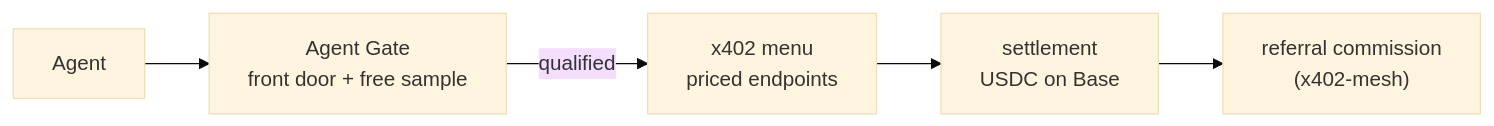
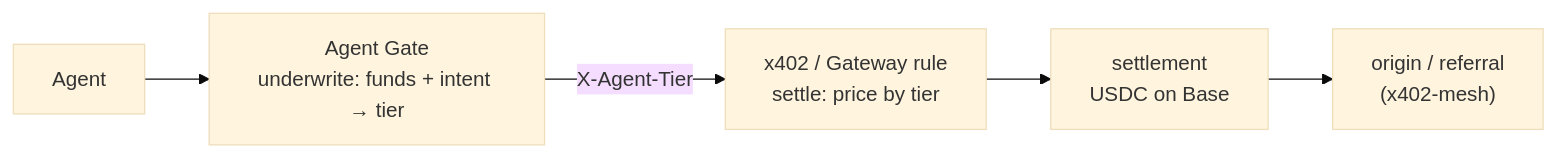
One commit to StartupHub-AI/agent-gate changed the third of 3 diagrams in README.md. Above: the diagram before and after it, drawn with Mermaid (base theme). The commit also changed other lines of this file and 1 other file, not shown here.

First line of the commit message:
feat: forward buyer tier on the request + pre-GA Gateway compose sketch

````diff
--- a/README.md
+++ b/README.md
@@ -179,7 +192,7 @@
 ```mermaid
 flowchart LR
-    A["Agent"] --> G["Agent Gate<br/>front door + free sample"]
-    G -->|qualified| X["x402 menu<br/>priced endpoints"]
+    A["Agent"] --> G["Agent Gate<br/>underwrite: funds + intent → tier"]
+    G -->|"X-Agent-Tier"| X["x402 / Gateway rule<br/>settle: price by tier"]
     X --> S["settlement<br/>USDC on Base"]
-    S --> R["referral commission<br/>(x402-mesh)"]
+    S --> R["origin / referral<br/>(x402-mesh)"]
 ```
````
